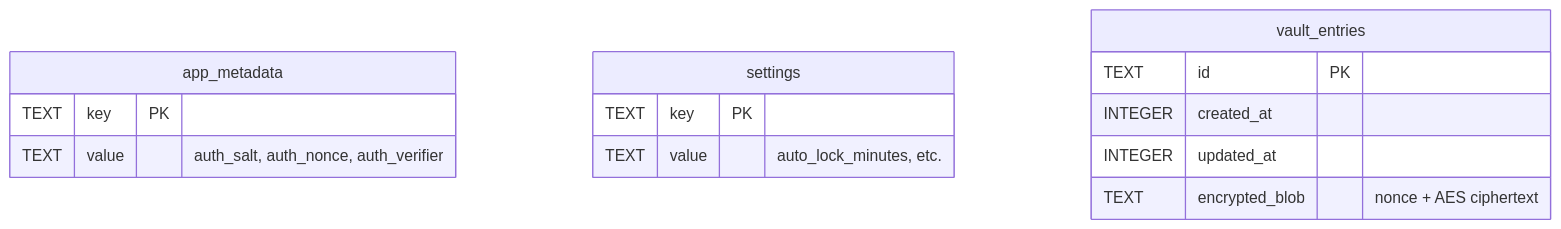
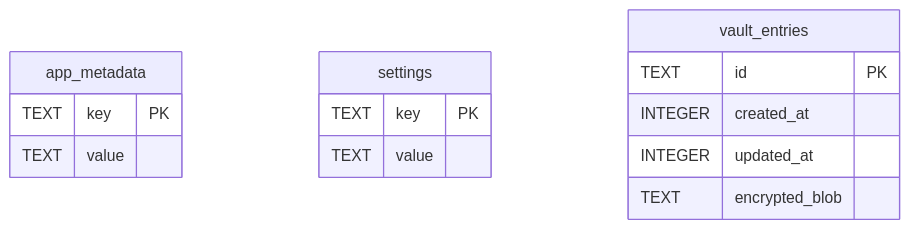
The second of 2 diagrams in README.md (Marjuk06/CN-Vault), drawn with Mermaid before and after one commit. The commit also changed other lines of this file and 4 other files, not shown here.

````diff
--- a/README.md
+++ b/README.md
@@ -152,17 +131,17 @@
 ```mermaid
 erDiagram
     app_metadata {
         TEXT key PK
-        TEXT value "auth_salt, auth_nonce, auth_verifier"
+        TEXT value
     }
     settings {
         TEXT key PK
-        TEXT value "auto_lock_minutes, etc."
+        TEXT value
     }
     vault_entries {
         TEXT id PK
         INTEGER created_at
         INTEGER updated_at
-        TEXT encrypted_blob "nonce + AES ciphertext"
+        TEXT encrypted_blob
     }
 ```
````
